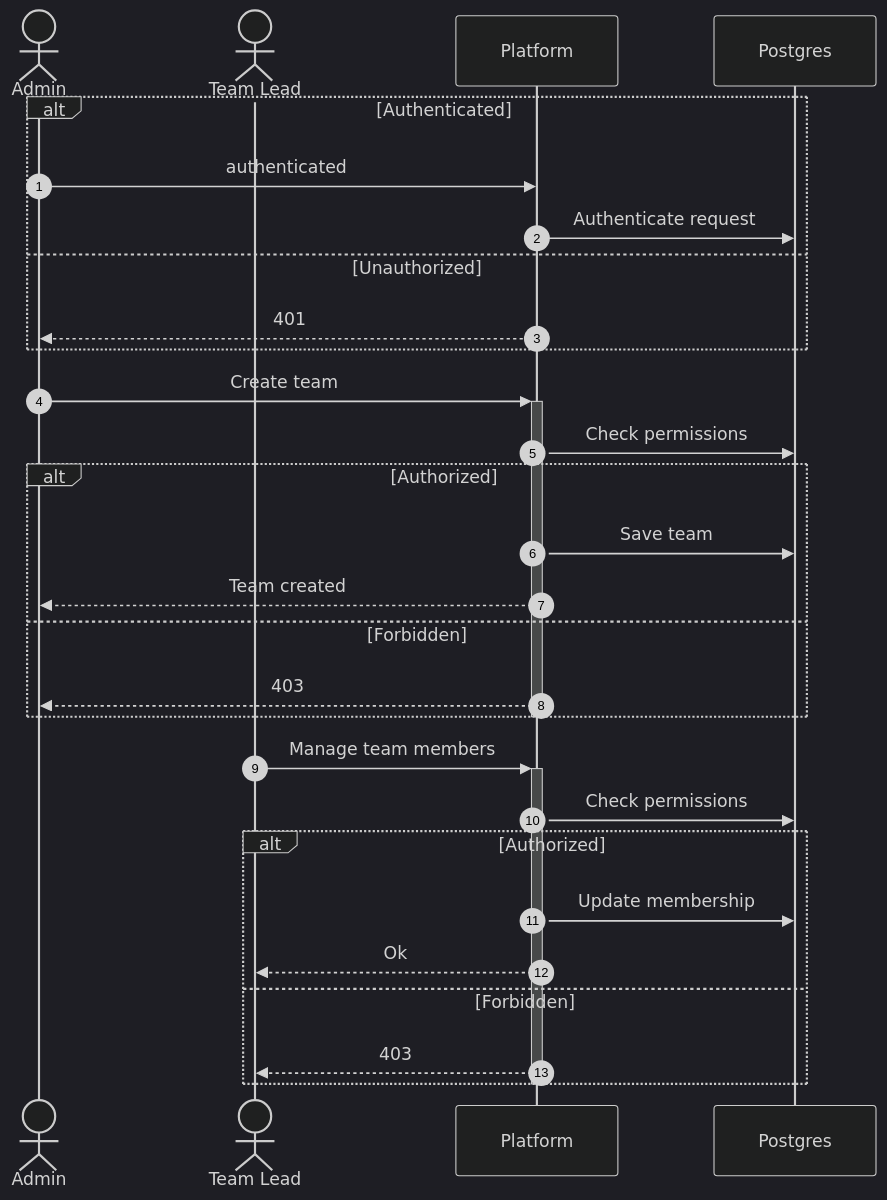
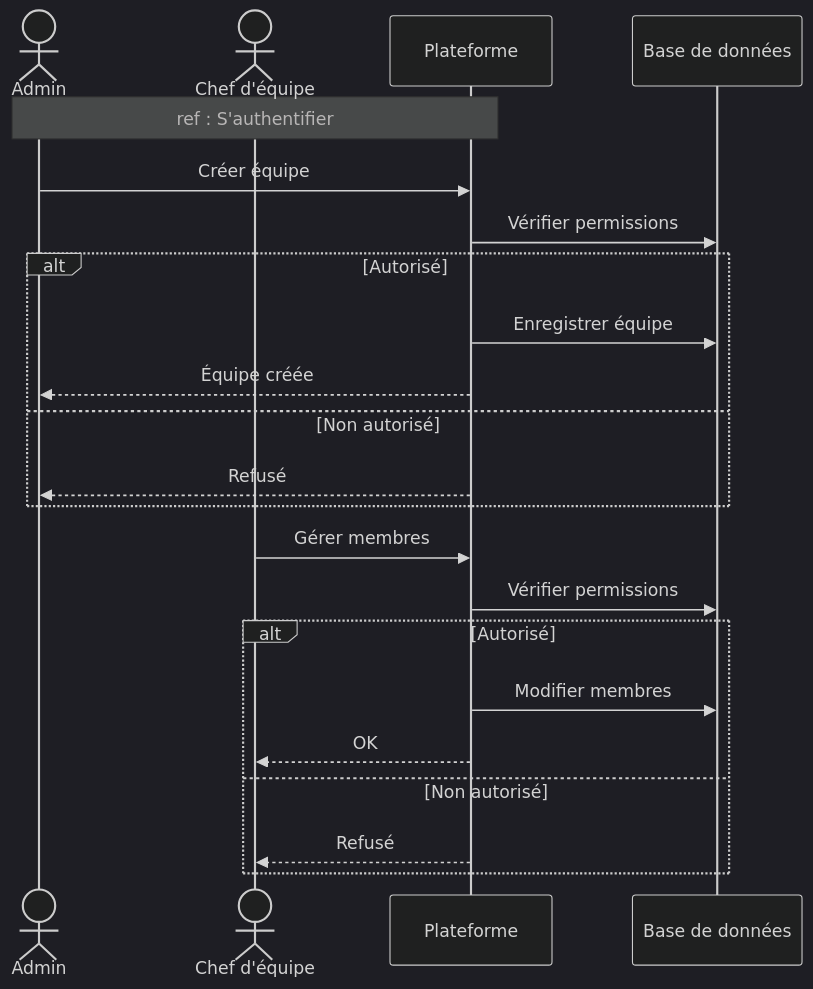
One commit to MohamedChebbi123/teamnest changed the eighth of 16 diagrams in docs/SEQUENCE_DIAGRAMS.md. Above: the diagram before and after it, drawn with Mermaid (dark theme). The commit also changed other lines of this file, not shown here.

````diff
--- a/docs/SEQUENCE_DIAGRAMS.md
+++ b/docs/SEQUENCE_DIAGRAMS.md
@@ -276,35 +241,27 @@
 ```mermaid
 sequenceDiagram
-    autonumber
     actor Admin
-    actor Lead as Team Lead
-    participant API as Platform
-    participant DB as Postgres
+    actor Lead as Chef d'équipe
+    participant API as Plateforme
+    participant DB as Base de données
 
-    alt Authenticated
-        Admin->>API: authenticated
-        API->>DB: Authenticate request
-    else Unauthorized
-        API-->>Admin: 401
+    Note over Admin,API: ref : S'authentifier
+
+    Admin->>API: Créer équipe
+    API->>DB: Vérifier permissions
+    alt Autorisé
+        API->>DB: Enregistrer équipe
+        API-->>Admin: Équipe créée
+    else Non autorisé
+        API-->>Admin: Refusé
     end
 
-    Admin->>+API: Create team
-    API->>DB: Check permissions
-    alt Authorized
-        API->>DB: Save team
-        API-->>Admin: Team created
-    else Forbidden
-        API-->>Admin: 403
+    Lead->>API: Gérer membres
+    API->>DB: Vérifier permissions
+    alt Autorisé
+        API->>DB: Modifier membres
+        API-->>Lead: OK
+    else Non autorisé
+        API-->>Lead: Refusé
     end
-    deactivate API
-
-    Lead->>+API: Manage team members
-    API->>DB: Check permissions
-    alt Authorized
-        API->>DB: Update membership
-        API-->>Lead: Ok
-    else Forbidden
-        API-->>Lead: 403
-    end
-    deactivate API
 ```
````
